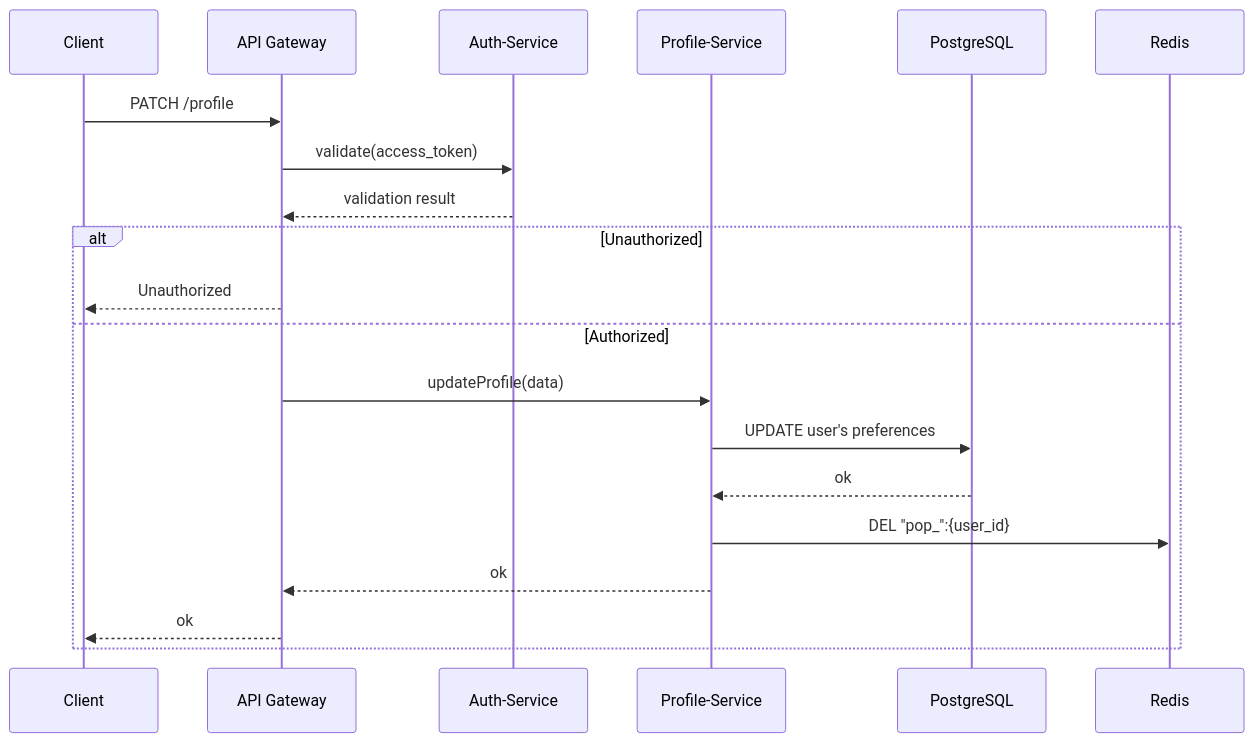
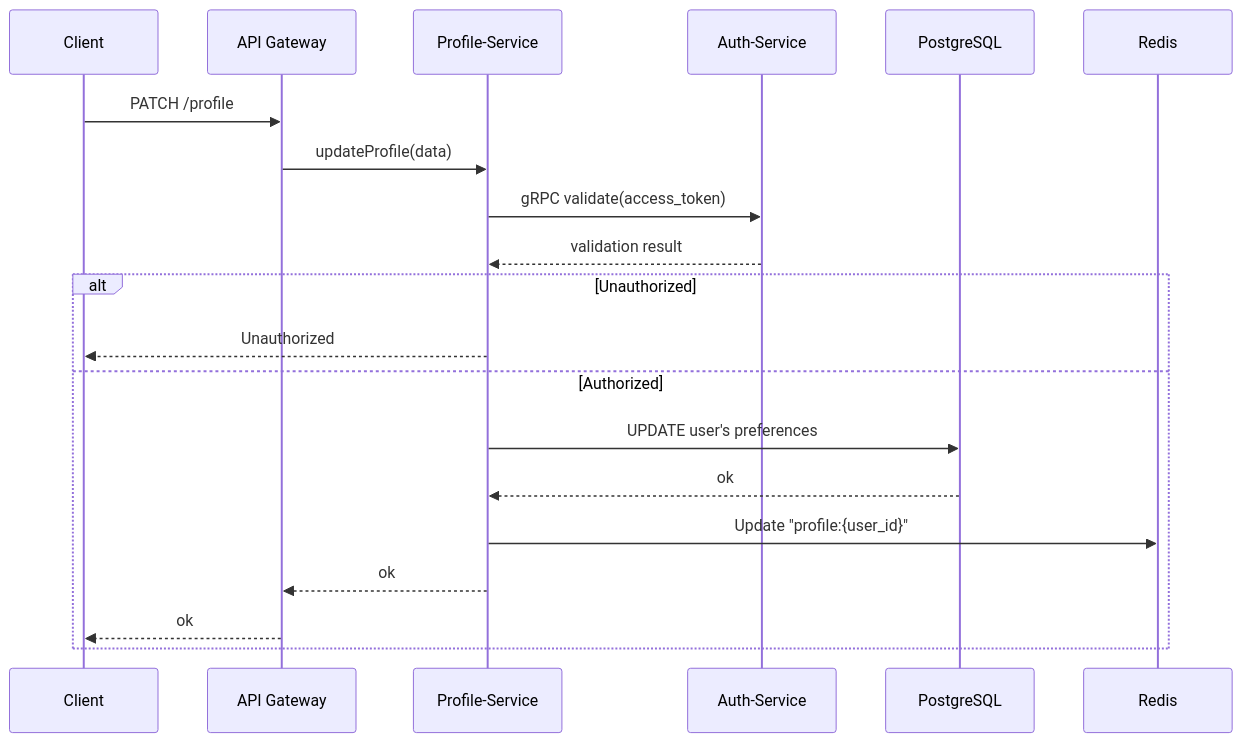
The third of 9 diagrams in docs/workflow-informative.md (isOdin-l/TinderArt), drawn with Mermaid before and after one commit. The commit also changed other lines of this file and 5 other files, not shown here.

Commit message:
docs: updated workflow, architecture, structures docs

````diff
--- a/docs/workflow-informative.md
+++ b/docs/workflow-informative.md
@@ -73,27 +72,27 @@
 ```mermaid
 sequenceDiagram
     participant Client
     participant Gateway         as API Gateway
+    participant Profile         as Profile-Service
     participant Auth            as Auth-Service
-    participant Profile         as Profile-Service
     participant DB              as PostgreSQL
     participant Cache           as Redis
 
     Client->>Gateway: PATCH /profile
-    Gateway->>Auth: validate(access_token)
-    Auth-->>Gateway: validation result
+    Gateway->>Profile: updateProfile(data)
+    Profile->>Auth: gRPC validate(access_token)
+    Auth-->>Profile: validation result
 
     alt Unauthorized
-        Gateway-->>Client: Unauthorized
+        Profile-->>Client: Unauthorized
     else Authorized
-        Gateway->>Profile: updateProfile(data)
 
         Profile->>DB: UPDATE user's preferences
         DB-->>Profile: ok
 
-        Profile->>Cache: DEL "pop_":{user_id}
+        Profile->>Cache: Update "profile:{user_id}"
 
         Profile-->>Gateway: ok
         Gateway-->>Client: ok
     end
 ```
````
